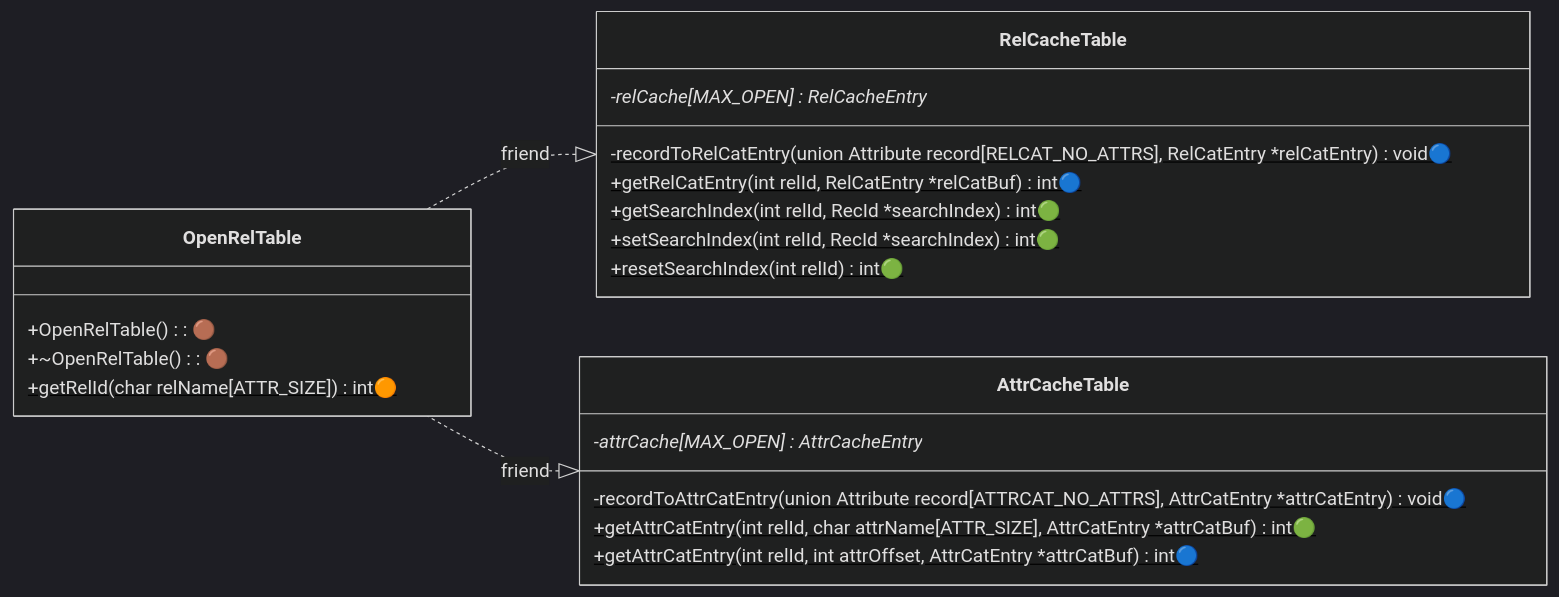
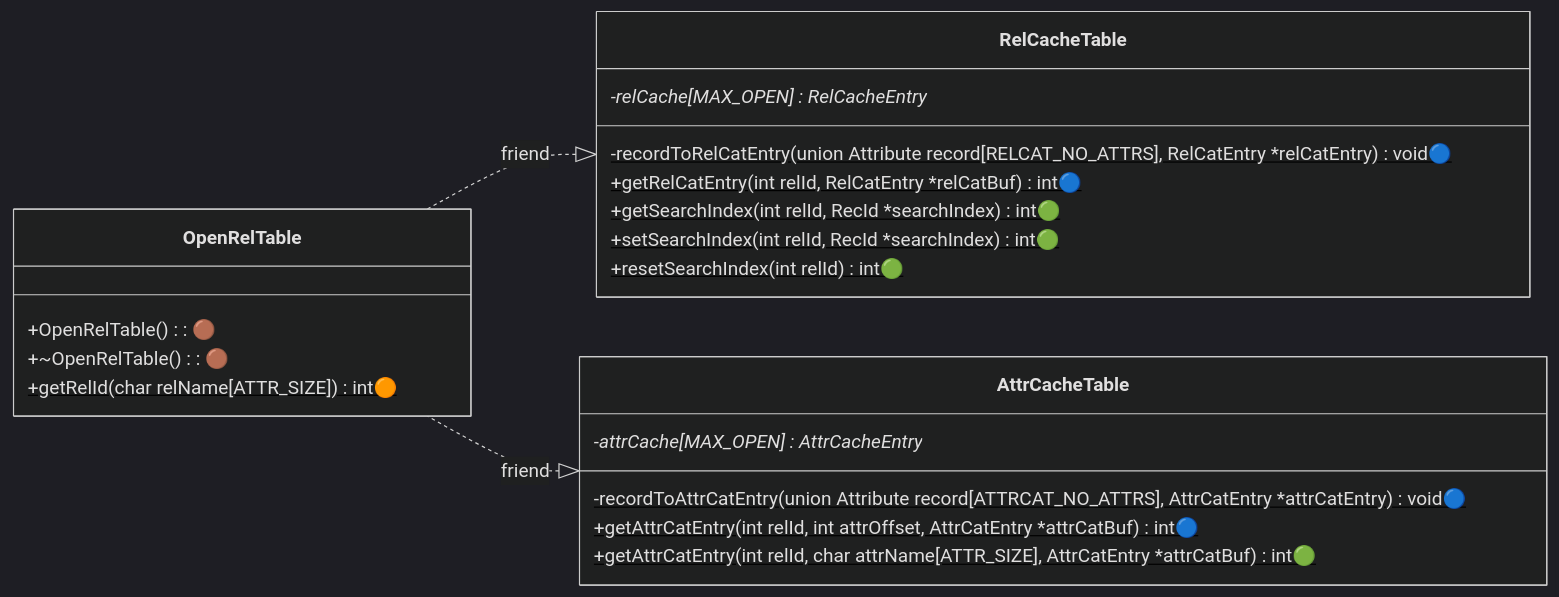
Before and after one commit to NITCbase/nitcbase.github.io: the second of 2 diagrams in docs/Roadmap/Stage04.md, drawn with Mermaid (dark theme). The commit also changed other lines of this file and 1 other file, not shown here.

````diff
--- a/docs/Roadmap/Stage04.md
+++ b/docs/Roadmap/Stage04.md
@@ -78,27 +78,27 @@
 ```mermaid
 classDiagram
   direction RL
   RelCacheTable <|.. OpenRelTable : friend
   AttrCacheTable <|.. OpenRelTable : friend
 
   class RelCacheTable{
     -relCache[MAX_OPEN] : RelCacheEntry*
     -recordToRelCatEntry(union Attribute record[RELCAT_NO_ATTRS], RelCatEntry *relCatEntry)$ void🔵
     +getRelCatEntry(int relId, RelCatEntry *relCatBuf)$ int🔵
     +getSearchIndex(int relId, RecId *searchIndex)$ int🟢
     +setSearchIndex(int relId, RecId *searchIndex)$ int🟢
     +resetSearchIndex(int relId)$ int🟢
   }
   class AttrCacheTable{
       -attrCache[MAX_OPEN] : AttrCacheEntry*
       -recordToAttrCatEntry(union Attribute record[ATTRCAT_NO_ATTRS], AttrCatEntry *attrCatEntry)$ void🔵
+      +getAttrCatEntry(int relId, int attrOffset, AttrCatEntry *attrCatBuf)$ int🔵
       +getAttrCatEntry(int relId, char attrName[ATTR_SIZE], AttrCatEntry *attrCatBuf)$ int🟢
-      +getAttrCatEntry(int relId, int attrOffset, AttrCatEntry *attrCatBuf)$ int🔵
   }
   class OpenRelTable{
       +OpenRelTable(): 🟤
       +~OpenRelTable(): 🟤
       +getRelId(char relName[ATTR_SIZE])$ int🟠
   }
 
 ```
````
